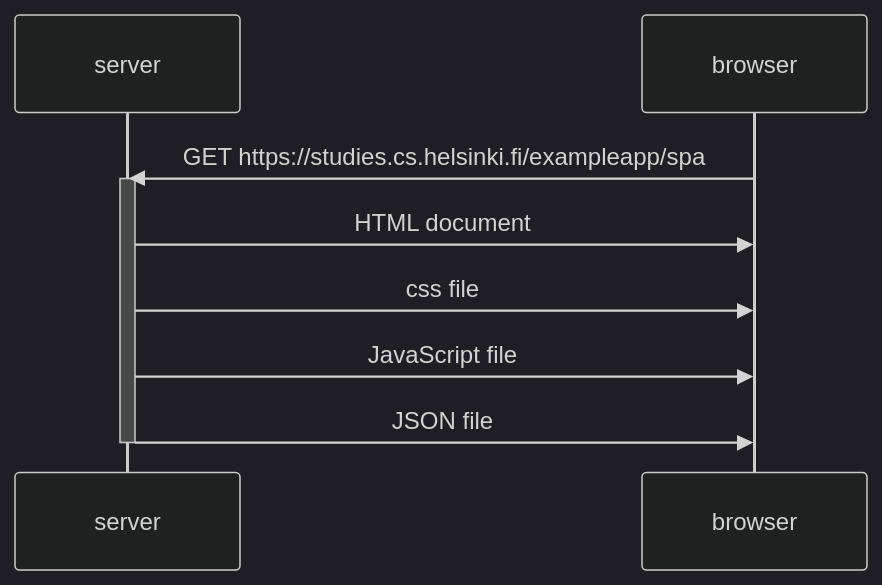
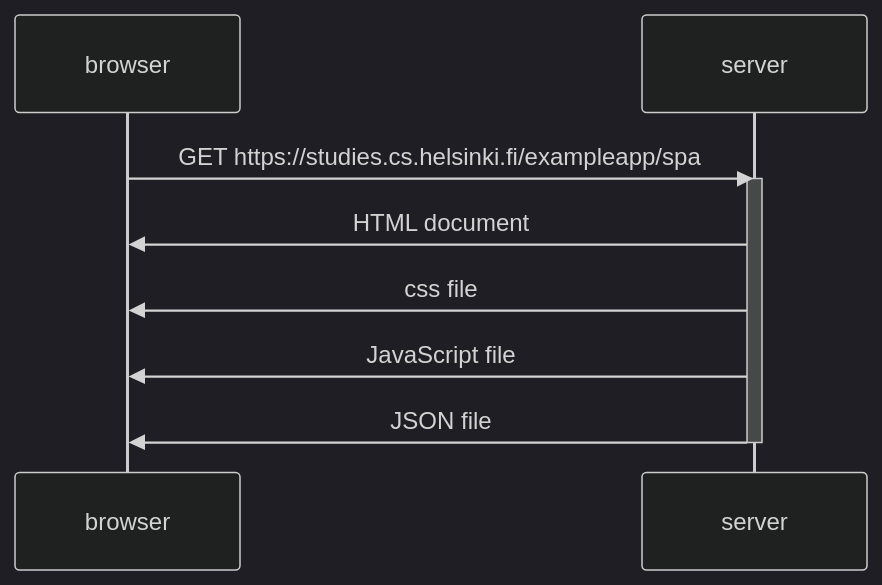
Before and after one commit to jakeu9623/part0: the diagram in SPA.MD, drawn with Mermaid (dark theme). The commit also changed other lines of this file, not shown here.

````diff
--- a/SPA.MD
+++ b/SPA.MD
@@ -1,13 +1,13 @@
 ```mermaid
 sequenceDiagram
+  participant browser
   participant server
-  participant browser
 
   browser->>server: GET https://studies.cs.helsinki.fi/exampleapp/spa
   activate server
   server->>browser: HTML document
   server->>browser: css file
   server->>browser: JavaScript file
   server->>browser: JSON file
   deactivate server
 ```
````
